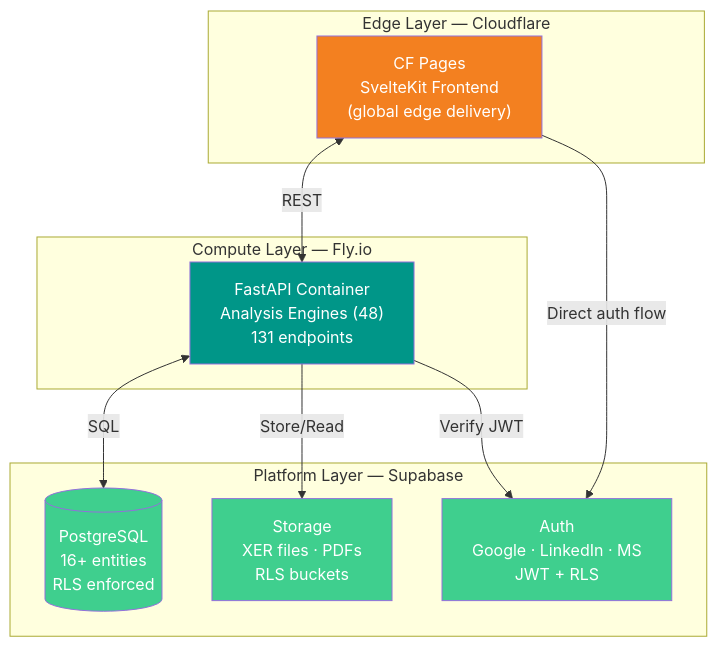
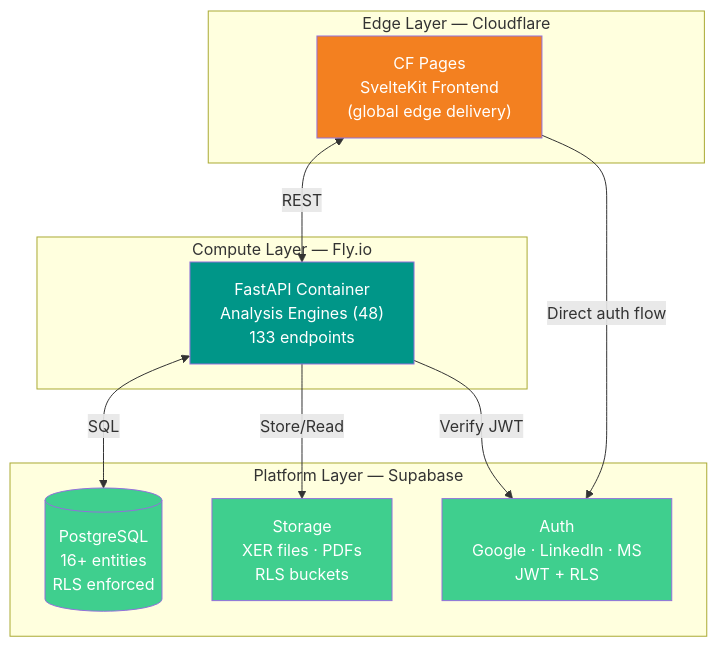
One commit to VitorMRodovalho/meridianiq changed the first of 2 diagrams in README.md. Above: the diagram before and after it, drawn with Mermaid. The commit also changed other lines of this file and 6 other files, not shown here.

````diff
--- a/README.md
+++ b/README.md
@@ -116,28 +116,28 @@
 ```mermaid
 graph TB
     subgraph "Edge Layer — Cloudflare"
         CF_PAGES["CF Pages<br/>SvelteKit Frontend<br/>(global edge delivery)"]
     end
 
     subgraph "Compute Layer — Fly.io"
-        FASTAPI["FastAPI Container<br/>Analysis Engines (48)<br/>131 endpoints"]
+        FASTAPI["FastAPI Container<br/>Analysis Engines (48)<br/>133 endpoints"]
     end
 
     subgraph "Platform Layer — Supabase"
         AUTH["Auth<br/>Google · LinkedIn · MS<br/>JWT + RLS"]
         DB[("PostgreSQL<br/>16+ entities<br/>RLS enforced")]
         STORAGE["Storage<br/>XER files · PDFs<br/>RLS buckets"]
     end
 
     CF_PAGES <-->|"REST"| FASTAPI
     FASTAPI <-->|"SQL"| DB
     FASTAPI -->|"Store/Read"| STORAGE
     FASTAPI -->|"Verify JWT"| AUTH
     CF_PAGES -->|"Direct auth flow"| AUTH
 
     style CF_PAGES fill:#F38020,color:#fff
     style FASTAPI fill:#009688,color:#fff
     style DB fill:#3FCF8E,color:#fff
     style AUTH fill:#3FCF8E,color:#fff
     style STORAGE fill:#3FCF8E,color:#fff
 ```
````
